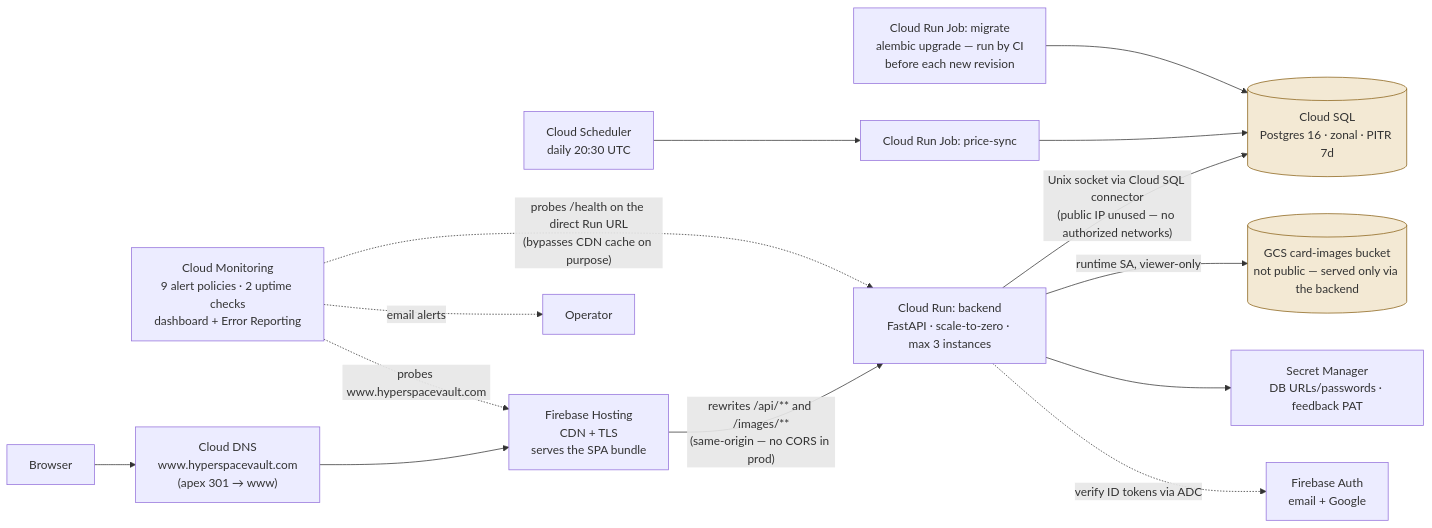
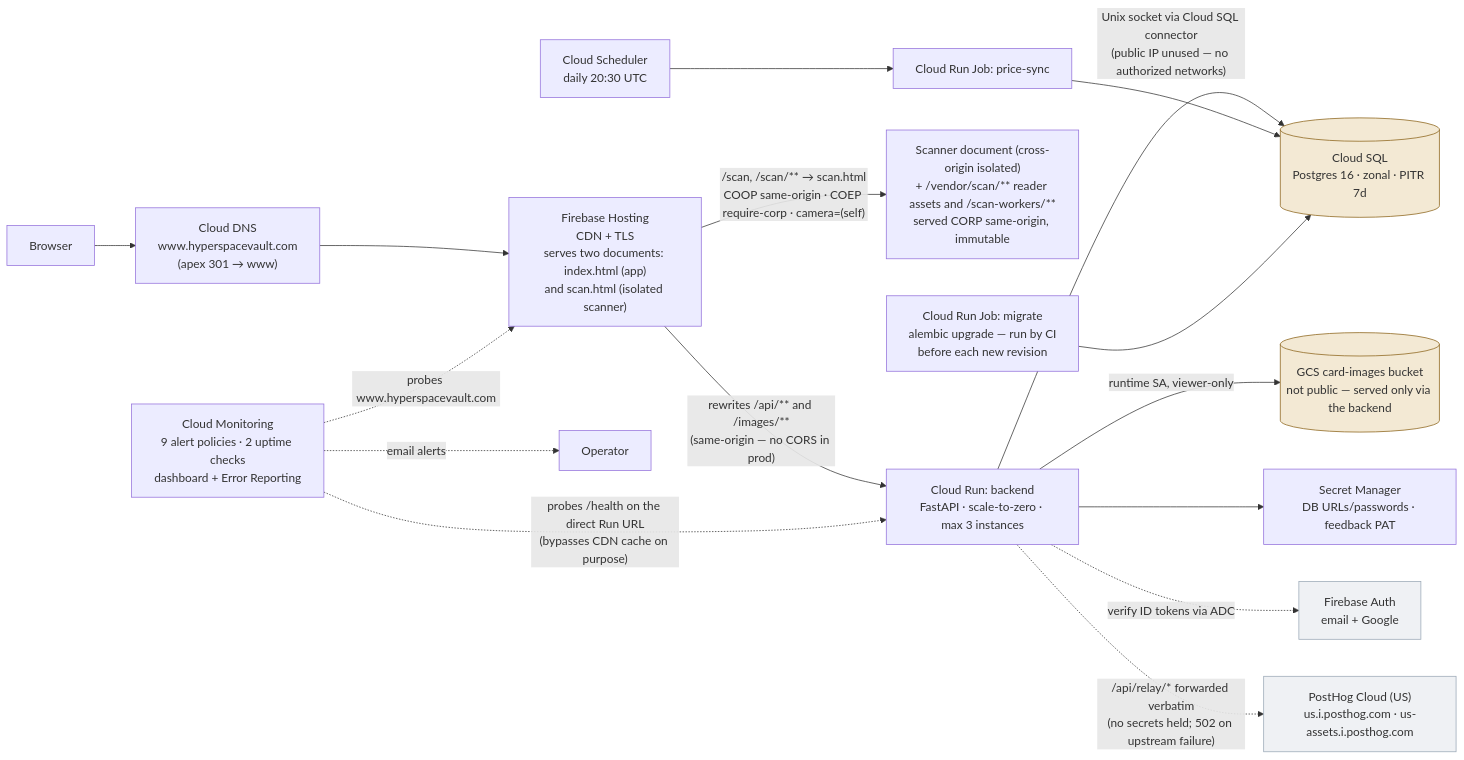
Before and after one commit to whitebreadisu/hyperspacevault: the first of 2 diagrams in specification_documents/architecture/Architecture_Physical.md, drawn with Mermaid. The commit also changed other lines of this file and 2 other files, not shown here.

First line of the commit message:
docs: BL-271 architecture views regenerated as of v2.0.1 / main d3118c5 (sources)

````diff
--- a/specification_documents/architecture/Architecture_Physical.md
+++ b/specification_documents/architecture/Architecture_Physical.md
@@ -13,22 +13,26 @@
 ```mermaid
 flowchart LR
   user["Browser"] --> dns["Cloud DNS<br/>www.hyperspacevault.com<br/>(apex 301 → www)"]
-  dns --> hosting["Firebase Hosting<br/>CDN + TLS<br/>serves the SPA bundle"]
+  dns --> hosting["Firebase Hosting<br/>CDN + TLS<br/>serves two documents: index.html (app)<br/>and scan.html (isolated scanner)"]
   hosting -->|"rewrites /api/** and /images/**<br/>(same-origin — no CORS in prod)"| run["Cloud Run: backend<br/>FastAPI · scale-to-zero · max 3 instances"]
+  hosting -->|"/scan, /scan/** → scan.html<br/>COOP same-origin · COEP require-corp · camera=(self)"| scandoc["Scanner document (cross-origin isolated)<br/>+ /vendor/scan/** reader assets and /scan-workers/**<br/>served CORP same-origin, immutable"]
 
   run -->|"Unix socket via Cloud SQL connector<br/>(public IP unused — no authorized networks)"| sql[("Cloud SQL<br/>Postgres 16 · zonal · PITR 7d")]
   run -->|"runtime SA, viewer-only"| gcs[("GCS card-images bucket<br/>not public — served only via the backend")]
   run --> sm["Secret Manager<br/>DB URLs/passwords · feedback PAT"]
   run -.->|"verify ID tokens via ADC"| fauth["Firebase Auth<br/>email + Google"]
+  run -.->|"/api/relay/* forwarded verbatim<br/>(no secrets held; 502 on upstream failure)"| posthog["PostHog Cloud (US)<br/>us.i.posthog.com · us-assets.i.posthog.com"]
 
   sched["Cloud Scheduler<br/>daily 20:30 UTC"] --> psync["Cloud Run Job: price-sync"]
   psync --> sql
   migrate["Cloud Run Job: migrate<br/>alembic upgrade — run by CI<br/>before each new revision"] --> sql
 
   mon["Cloud Monitoring<br/>9 alert policies · 2 uptime checks<br/>dashboard + Error Reporting"] -.->|"email alerts"| owner["Operator"]
   mon -.->|"probes /health on the direct Run URL<br/>(bypasses CDN cache on purpose)"| run
   mon -.->|"probes www.hyperspacevault.com"| hosting
 
   classDef store fill:#F3E9D4,stroke:#8A6116;
   class sql,gcs store;
+  classDef ext fill:#EFF1F4,stroke:#9AA8B6;
+  class fauth,posthog ext;
 ```
````
